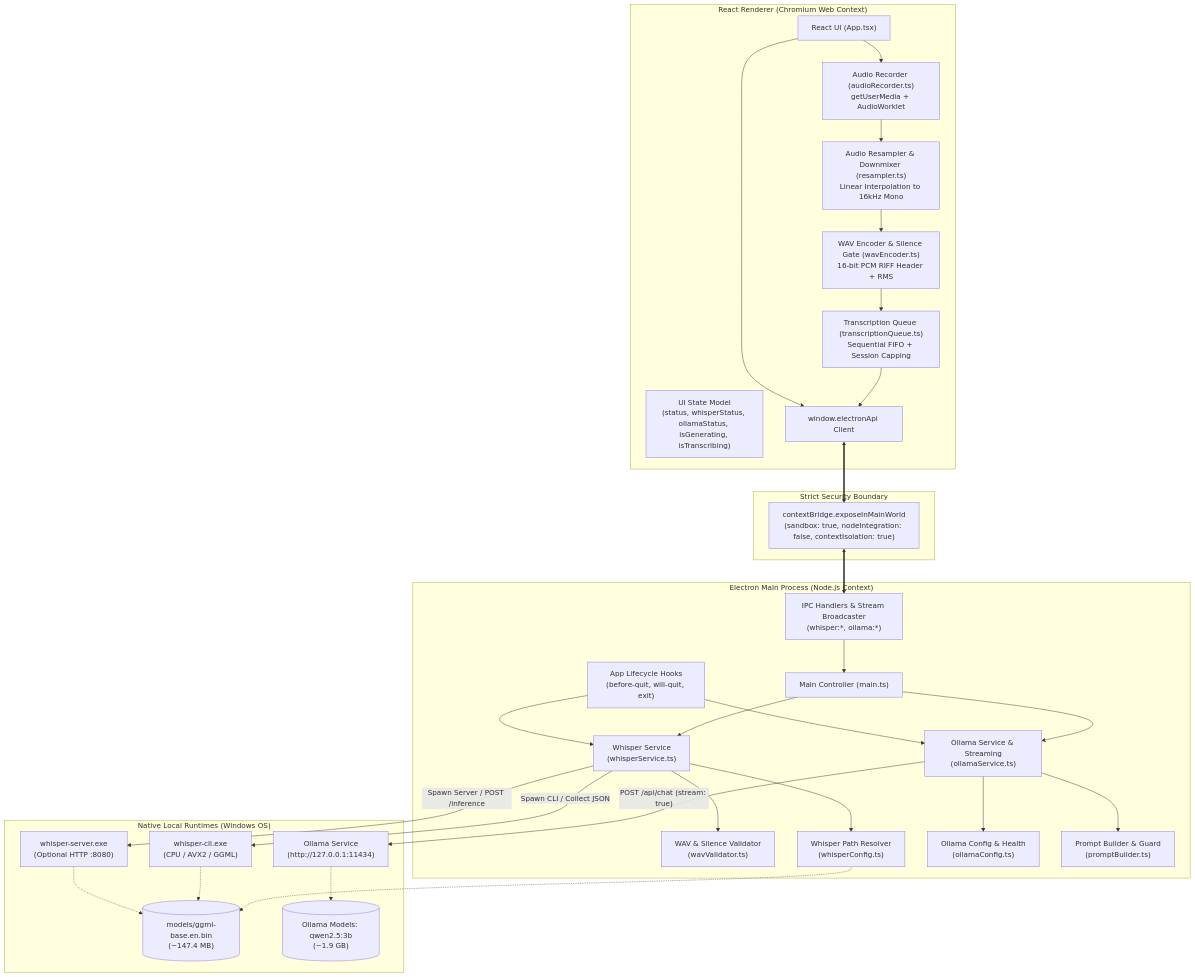
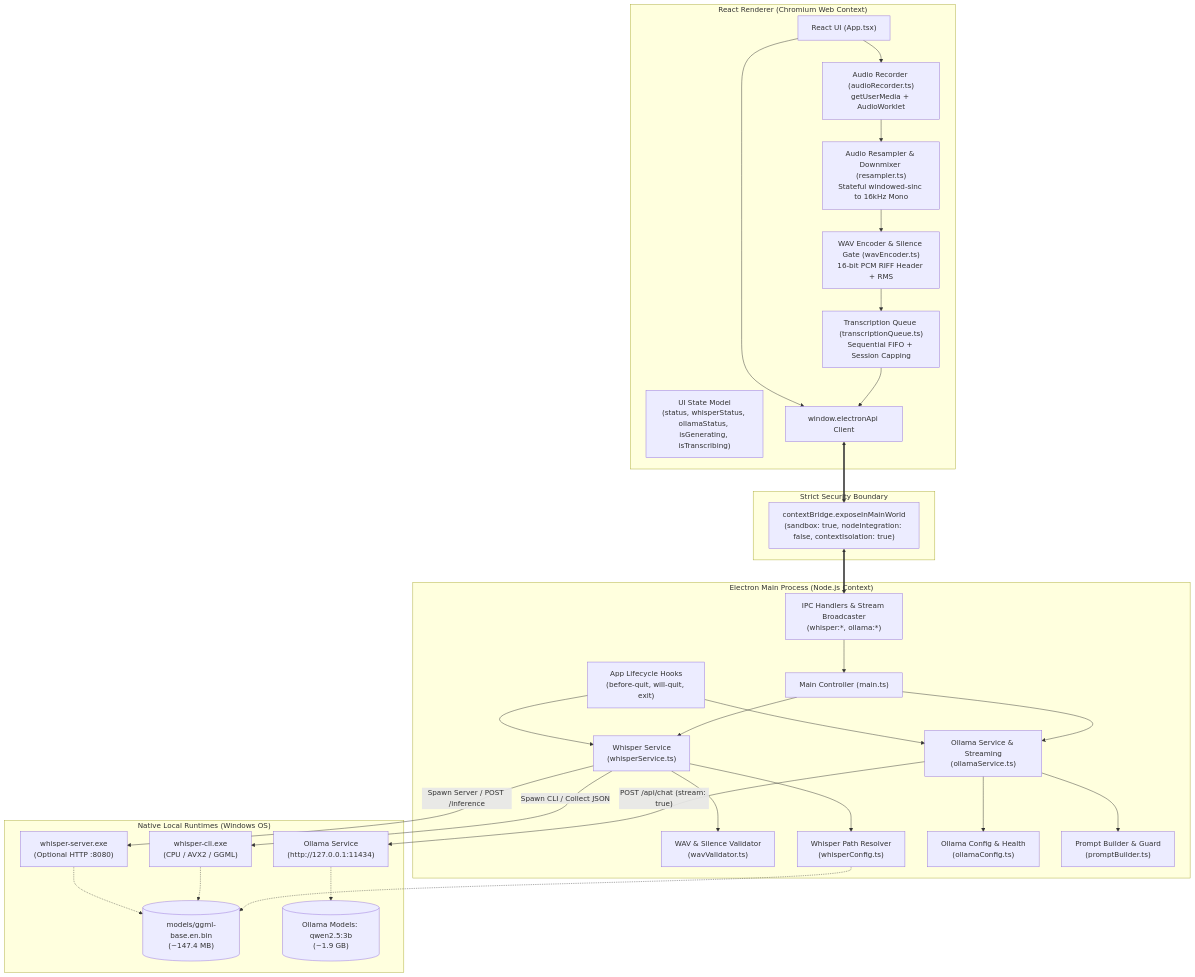
The first of 4 diagrams in docs/ARCHITECTURE.md (AbhiJeetSoni22/Local-AI-Conversation-Assistant), drawn with Mermaid before and after one commit. The commit also changed other lines of this file and 28 other files, not shown here.

````diff
--- a/docs/ARCHITECTURE.md
+++ b/docs/ARCHITECTURE.md
@@ -11,61 +11,61 @@
 ```mermaid
 graph TB
     subgraph UI_Renderer ["React Renderer (Chromium Web Context)"]
         UI["React UI (App.tsx)"]
         State["UI State Model<br/>(status, whisperStatus, ollamaStatus, isGenerating, isTranscribing)"]
         AudioRec["Audio Recorder (audioRecorder.ts)<br/>getUserMedia + AudioWorklet"]
-        Resampler["Audio Resampler & Downmixer (resampler.ts)<br/>Linear Interpolation to 16kHz Mono"]
+        Resampler["Audio Resampler & Downmixer (resampler.ts)<br/>Stateful windowed-sinc to 16kHz Mono"]
         WavEnc["WAV Encoder & Silence Gate (wavEncoder.ts)<br/>16-bit PCM RIFF Header + RMS"]
         TxQueue["Transcription Queue (transcriptionQueue.ts)<br/>Sequential FIFO + Session Capping"]
         BridgeClient["window.electronApi Client"]
     end
 
     subgraph Security_Boundary ["Strict Security Boundary"]
         ContextBridge["contextBridge.exposeInMainWorld<br/>(sandbox: true, nodeIntegration: false, contextIsolation: true)"]
     end
 
     subgraph Electron_Main ["Electron Main Process (Node.js Context)"]
         Main["Main Controller (main.ts)"]
         IPCHandlers["IPC Handlers & Stream Broadcaster<br/>(whisper:*, ollama:*)"]
         Lifecycle["App Lifecycle Hooks<br/>(before-quit, will-quit, exit)"]
         WavVal["WAV & Silence Validator<br/>(wavValidator.ts)"]
         WhisperConfig["Whisper Path Resolver<br/>(whisperConfig.ts)"]
         WhisperSvc["Whisper Service<br/>(whisperService.ts)"]
         OllamaConfig["Ollama Config & Health<br/>(ollamaConfig.ts)"]
         PromptBuilder["Prompt Builder & Guard<br/>(promptBuilder.ts)"]
         OllamaSvc["Ollama Service & Streaming<br/>(ollamaService.ts)"]
     end
 
     subgraph Native_Runtimes ["Native Local Runtimes (Windows OS)"]
         WhisperCLI["whisper-cli.exe<br/>(CPU / AVX2 / GGML)"]
         WhisperServer["whisper-server.exe<br/>(Optional HTTP :8080)"]
         ModelStorage[("models/ggml-base.en.bin<br/>(~147.4 MB)")]
         OllamaDaemon["Ollama Service<br/>(http://127.0.0.1:11434)"]
         OllamaModelStorage[("Ollama Models: qwen2.5:3b<br/>(~1.9 GB)")]
     end
 
     UI --> AudioRec
     AudioRec --> Resampler
     Resampler --> WavEnc
     WavEnc --> TxQueue
     TxQueue --> BridgeClient
     UI --> BridgeClient
     BridgeClient <==> ContextBridge
     ContextBridge <==> IPCHandlers
     IPCHandlers --> Main
     Main --> WhisperSvc
     Main --> OllamaSvc
     WhisperSvc --> WavVal
     WhisperSvc --> WhisperConfig
     OllamaSvc --> OllamaConfig
     OllamaSvc --> PromptBuilder
     Lifecycle --> WhisperSvc
     Lifecycle --> OllamaSvc
     WhisperConfig -.-> ModelStorage
     WhisperSvc -->|"Spawn CLI / Collect JSON"| WhisperCLI
     WhisperSvc -->|"Spawn Server / POST /inference"| WhisperServer
     WhisperCLI -.-> ModelStorage
     WhisperServer -.-> ModelStorage
     OllamaSvc -->|"POST /api/chat (stream: true)"| OllamaDaemon
     OllamaDaemon -.-> OllamaModelStorage
 ```
````
